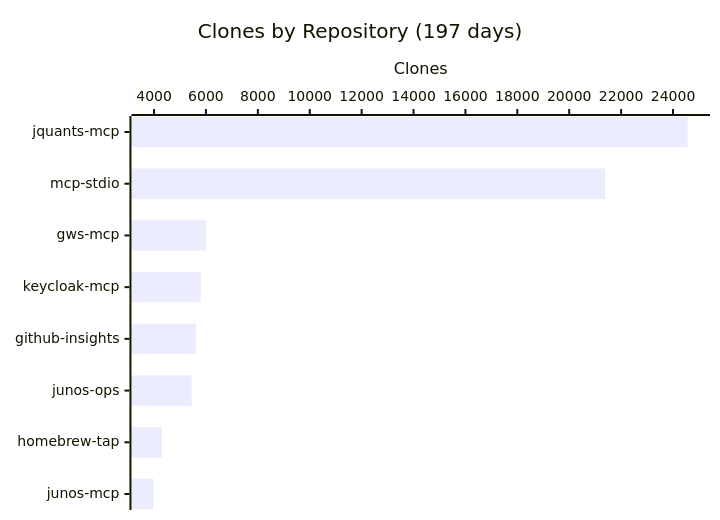
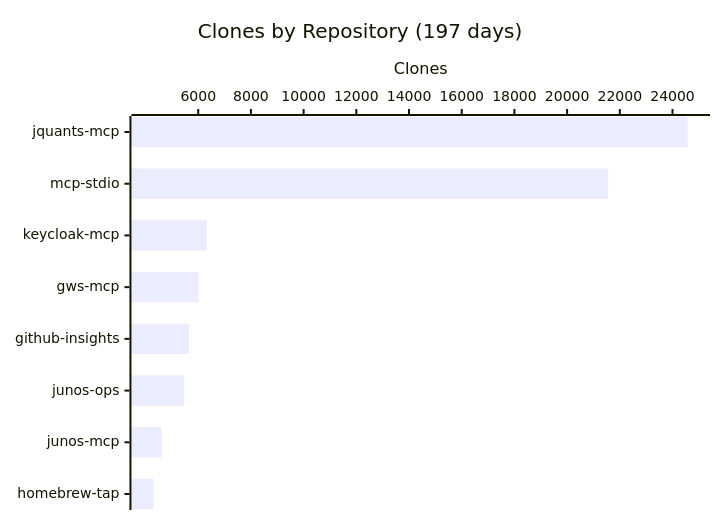
Before and after one commit to shigechika/github-insights: the fourth of 4 diagrams in README.md, drawn with Mermaid. The commit also changed other lines of this file and 2 other files, not shown here.

````diff
--- a/README.md
+++ b/README.md
@@ -58,7 +58,7 @@
 ```mermaid
 xychart-beta horizontal
     title "Clones by Repository (197 days)"
-    x-axis ["jquants-mcp", "mcp-stdio", "gws-mcp", "keycloak-mcp", "github-insights", "junos-ops", "homebrew-tap", "junos-mcp"]
+    x-axis ["jquants-mcp", "mcp-stdio", "keycloak-mcp", "gws-mcp", "github-insights", "junos-ops", "junos-mcp", "homebrew-tap"]
     y-axis "Clones"
-    bar [24567, 21382, 6007, 5804, 5620, 5451, 4308, 3988]
+    bar [24578, 21558, 6326, 6014, 5643, 5453, 4607, 4311]
 ```
````
